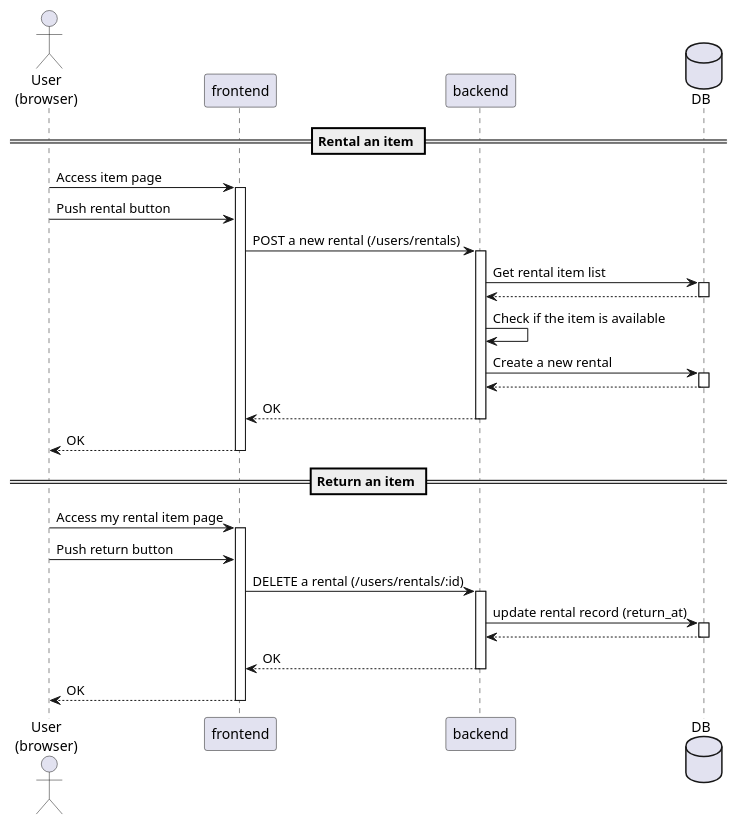
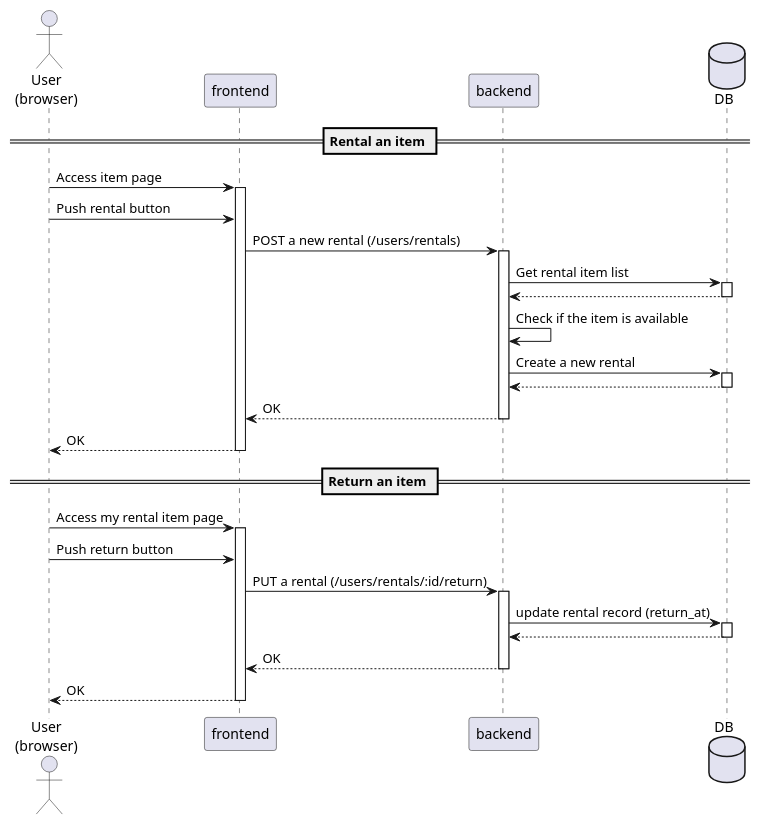
The diagram in docs/sequence/rental_process.pu (naoyuki1115/chan-kari), drawn with PlantUML before and after one commit.

Commit message:
Change return process

```diff
--- a/docs/sequence/rental_process.pu
+++ b/docs/sequence/rental_process.pu
@@ -1,45 +1,45 @@
 @startuml rental_process
 
 Actor "User\n(browser)" as user
 participant "frontend" as fe
 participant "backend" as be
 database "DB" as db
 
 == Rental an item ==
 
 user -> fe: Access item page
 activate fe
     user -> fe: Push rental button
     fe -> be: POST a new rental (/users/rentals)
     activate be
         be -> db: Get rental item list
         activate db
             db --> be:
         deactivate
         be -> be: Check if the item is available
         be -> db: Create a new rental 
         activate db
             db --> be:
         deactivate
         be --> fe: OK
     deactivate
     fe --> user: OK
 deactivate
 
 == Return an item ==
 
 user -> fe: Access my rental item page
 activate fe
     user -> fe: Push return button
-    fe -> be: DELETE a rental (/users/rentals/:id)
+    fe -> be: PUT a rental (/users/rentals/:id/return)
     activate be
         be -> db: update rental record (return_at)
         activate db
             db --> be:
         deactivate
         be --> fe: OK
     deactivate
     fe --> user: OK
 deactivate
 
 @enduml
```
